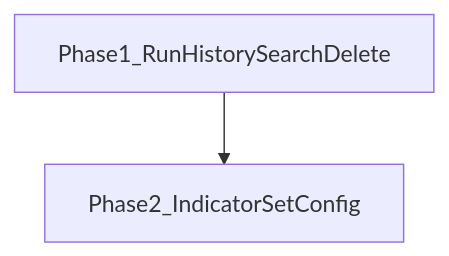
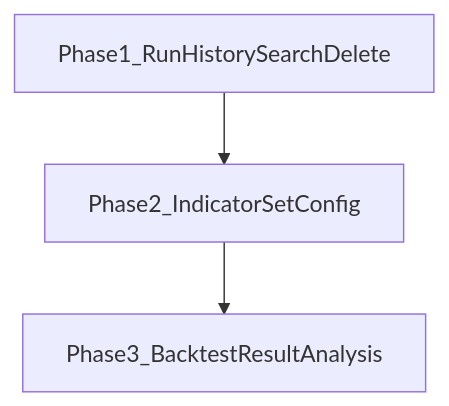
Before and after one commit to KenichiroArai/market-platform: the diagram in docs/roadmap/v0/v0.4/v0.4.0.md, drawn with Mermaid. The commit also changed other lines of this file and 35 other files, not shown here.

````diff
--- a/docs/roadmap/v0/v0.4/v0.4.0.md
+++ b/docs/roadmap/v0/v0.4/v0.4.0.md
@@ -5,6 +5,8 @@
 ```mermaid
 flowchart TB
   p1[Phase1_RunHistorySearchDelete]
   p2[Phase2_IndicatorSetConfig]
+  p3[Phase3_BacktestResultAnalysis]
   p1 --> p2
+  p2 --> p3
 ```
````
